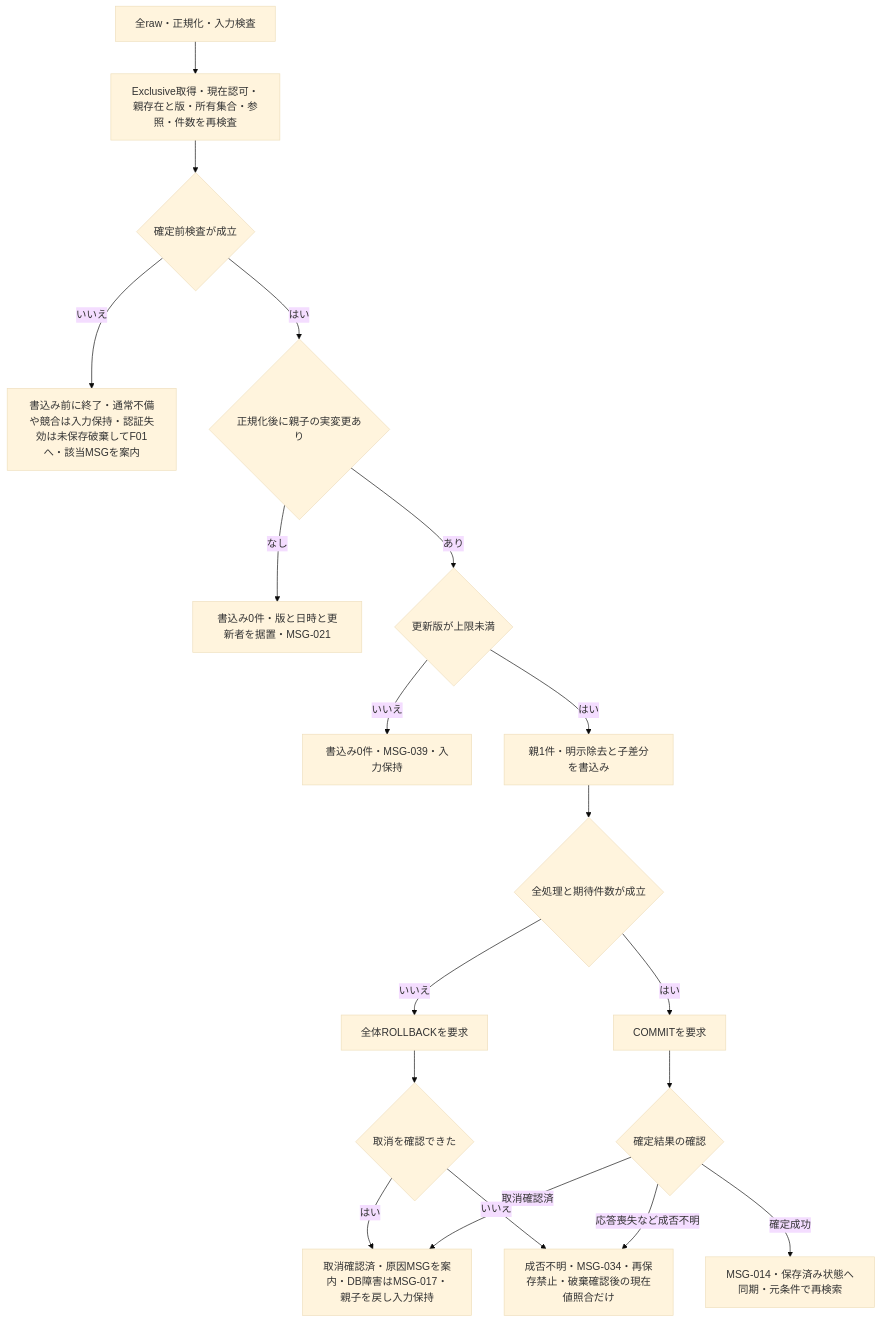
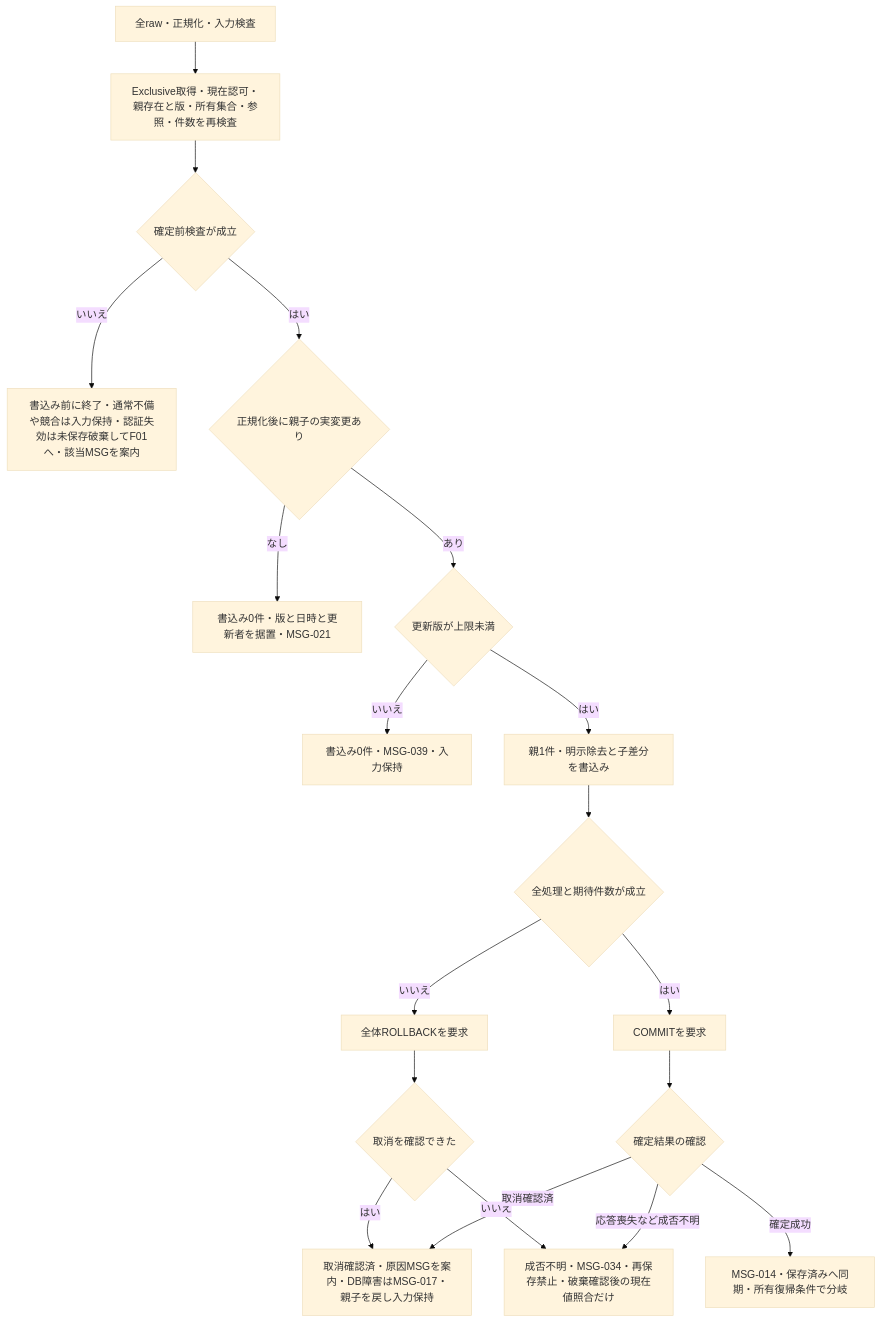
One commit to tujinrong/contextbase-evaluation changed the fourth of 6 diagrams in sample-project2/spec/CSharp_ASPNET/詳細仕様書/04_社員登録画面.md. Above: the diagram before and after it, drawn with Mermaid (base theme). The commit also changed other lines of this file and 537 other files, not shown here.

````diff
--- a/sample-project2/spec/CSharp_ASPNET/詳細仕様書/04_社員登録画面.md
+++ b/sample-project2/spec/CSharp_ASPNET/詳細仕様書/04_社員登録画面.md
@@ -365,21 +403,21 @@
 ```mermaid
 flowchart TD
  A[全raw・正規化・入力検査] --> B[Exclusive取得・現在認可・親存在と版・所有集合・参照・件数を再検査]
  B --> C{確定前検査が成立}
  C -->|いいえ| P[書込み前に終了・通常不備や競合は入力保持・認証失効は未保存破棄してF01へ・該当MSGを案内]
  C -->|はい| D{正規化後に親子の実変更あり}
  D -->|なし| N[書込み0件・版と日時と更新者を据置・MSG-021]
  D -->|あり| E{更新版が上限未満}
  E -->|いいえ| V[書込み0件・MSG-039・入力保持]
  E -->|はい| F[親1件・明示除去と子差分を書込み]
  F --> G{全処理と期待件数が成立}
  G -->|いいえ| R[全体ROLLBACKを要求]
  R --> T{取消を確認できた}
  T -->|はい| X[取消確認済・原因MSGを案内・DB障害はMSG-017・親子を戻し入力保持]
  T -->|いいえ| U[成否不明・MSG-034・再保存禁止・破棄確認後の現在値照合だけ]
  G -->|はい| H[COMMITを要求]
  H --> J{確定結果の確認}
- J -->|確定成功| S[MSG-014・保存済み状態へ同期・元条件で再検索]
+ J -->|確定成功| S[MSG-014・保存済みへ同期・所有復帰条件で分岐]
  J -->|取消確認済| X
  J -->|応答喪失など成否不明| U
 ```
````
